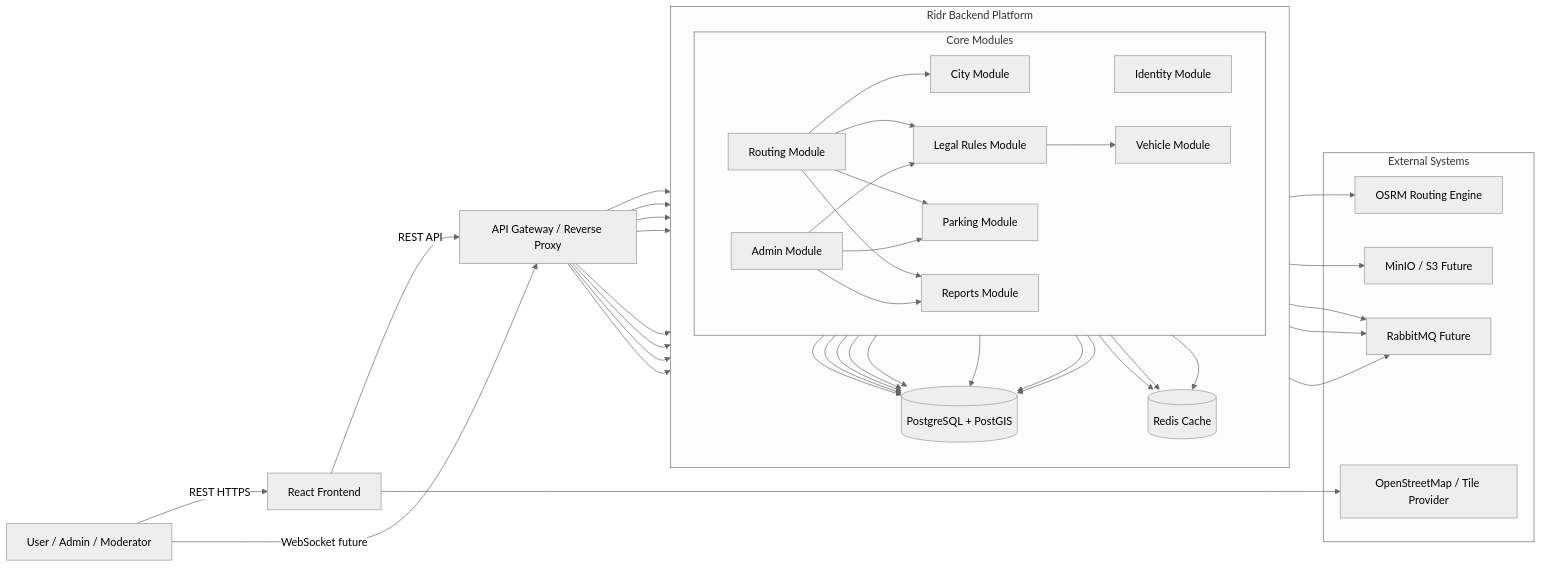
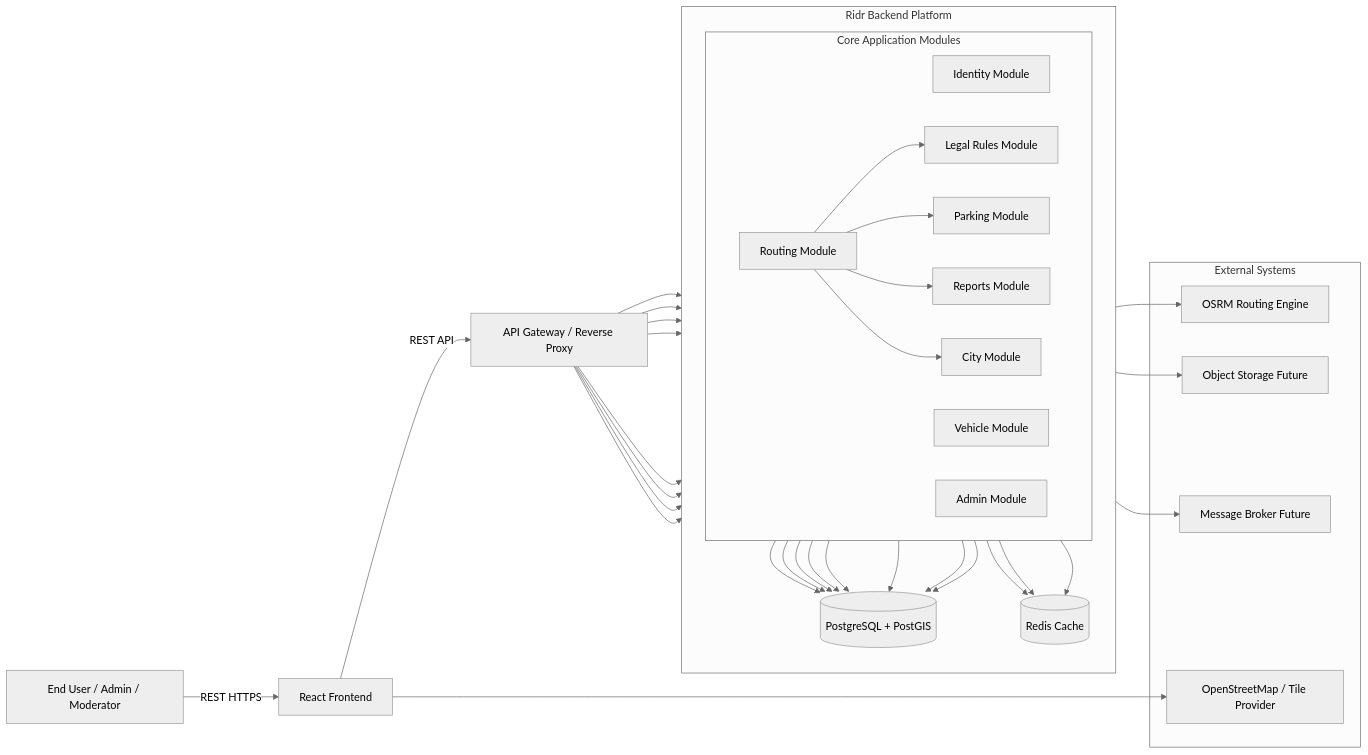
The first of 7 diagrams in docs/architecture/architecture.md (burlica1234/ridr), drawn with Mermaid (neutral theme) before and after one commit. The commit also changed other lines of this file and 1 other file, not shown here.

````diff
--- a/docs/architecture/architecture.md
+++ b/docs/architecture/architecture.md
@@ -7,70 +30,63 @@
 ```mermaid
 flowchart LR
-    USER[User / Admin / Moderator] -->|REST HTTPS| FE[React Frontend]
-    USER -->|WebSocket future| APIGW[API Gateway / Reverse Proxy]
-    FE -->|REST API| APIGW
+    USER[End User / Admin / Moderator] -->|REST HTTPS| FE[React Frontend]
+    FE -->|REST API| APIGW[API Gateway / Reverse Proxy]
 
-    subgraph BACKEND["Ridr Backend Platform"]
+    subgraph RIDR["Ridr Backend Platform"]
         direction TB
 
-        subgraph MODULES["Core Modules"]
+        subgraph MODULES["Core Application Modules"]
             direction LR
             AUTH[Identity Module]
             VEH[Vehicle Module]
             CITY[City Module]
             RULE[Legal Rules Module]
             PARK[Parking Module]
             REP[Reports Module]
             ROUTE[Routing Module]
             ADMIN[Admin Module]
         end
 
-        PG[(PostgreSQL + PostGIS)]
-        REDIS[(Redis Cache)]
+        DB[(PostgreSQL + PostGIS)]
+        CACHE[(Redis Cache)]
     end
 
     subgraph EXTERNAL["External Systems"]
         OSRM[OSRM Routing Engine]
         OSM[OpenStreetMap / Tile Provider]
-        STORAGE[MinIO / S3 Future]
-        MQ[RabbitMQ Future]
+        STORAGE[Object Storage Future]
+        MQ[Message Broker Future]
     end
 
     APIGW --> AUTH
     APIGW --> VEH
     APIGW --> CITY
     APIGW --> RULE
     APIGW --> PARK
     APIGW --> REP
     APIGW --> ROUTE
     APIGW --> ADMIN
 
-    AUTH --> PG
-    VEH --> PG
-    CITY --> PG
-    RULE --> PG
-    PARK --> PG
-    REP --> PG
-    ROUTE --> PG
-    ADMIN --> PG
+    AUTH --> DB
+    VEH --> DB
+    CITY --> DB
+    RULE --> DB
+    PARK --> DB
+    REP --> DB
+    ROUTE --> DB
+    ADMIN --> DB
 
-    PARK --> REDIS
-    RULE --> REDIS
-    ROUTE --> REDIS
+    PARK --> CACHE
+    RULE --> CACHE
+    ROUTE --> CACHE
 
     FE --> OSM
     ROUTE --> OSRM
     REP --> STORAGE
     ADMIN --> MQ
-    REP --> MQ
-    PARK --> MQ
 
-    ROUTE --> CITY
     ROUTE --> RULE
     ROUTE --> PARK
     ROUTE --> REP
-    RULE --> VEH
-    ADMIN --> RULE
-    ADMIN --> PARK
-    ADMIN --> REP
+    ROUTE --> CITY
 ```
````
